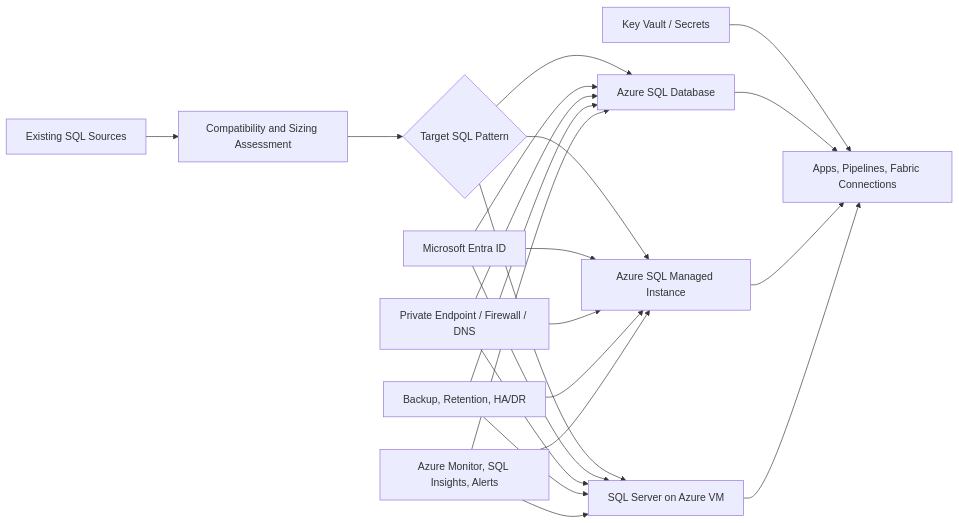
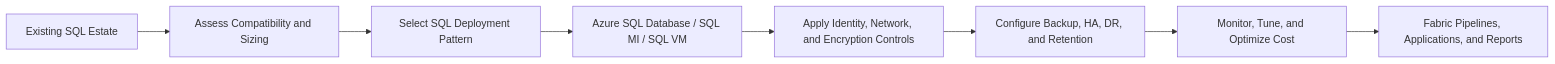
One commit to KrishnaDistributedcomputing/opinionated-data-platform-pattern changed the diagram in docs/pattern-work/sql-platform-pattern-work.md. Above: the diagram before and after it, drawn with Mermaid.

Commit message:
Simplify SQL platform architecture diagram

````diff
--- a/docs/pattern-work/sql-platform-pattern-work.md
+++ b/docs/pattern-work/sql-platform-pattern-work.md
@@ -23,24 +23,10 @@
 ```mermaid
 flowchart LR
-	Sources[Existing SQL Sources] --> Assess[Compatibility and Sizing Assessment]
-	Assess --> Decision{Target SQL Pattern}
-	Decision --> AzureSQL[Azure SQL Database]
-	Decision --> SQLMI[Azure SQL Managed Instance]
-	Decision --> SQLVM[SQL Server on Azure VM]
-	Entra[Microsoft Entra ID] --> AzureSQL
-	Entra --> SQLMI
-	Entra --> SQLVM
-	Network[Private Endpoint / Firewall / DNS] --> AzureSQL
-	Network --> SQLMI
-	Network --> SQLVM
-	KeyVault[Key Vault / Secrets] --> Apps[Apps, Pipelines, Fabric Connections]
-	AzureSQL --> Apps
-	SQLMI --> Apps
-	SQLVM --> Apps
-	Backup[Backup, Retention, HA/DR] --> AzureSQL
-	Backup --> SQLMI
-	Backup --> SQLVM
-	Monitor[Azure Monitor, SQL Insights, Alerts] --> AzureSQL
-	Monitor --> SQLMI
-	Monitor --> SQLVM
+    Sources[Existing SQL Estate] --> Assess[Assess Compatibility and Sizing]
+    Assess --> Select[Select SQL Deployment Pattern]
+    Select --> Target[Azure SQL Database / SQL MI / SQL VM]
+    Target --> Secure[Apply Identity, Network, and Encryption Controls]
+    Secure --> Protect[Configure Backup, HA, DR, and Retention]
+    Protect --> Operate[Monitor, Tune, and Optimize Cost]
+    Operate --> Consumers[Fabric Pipelines, Applications, and Reports]
 ```
````
